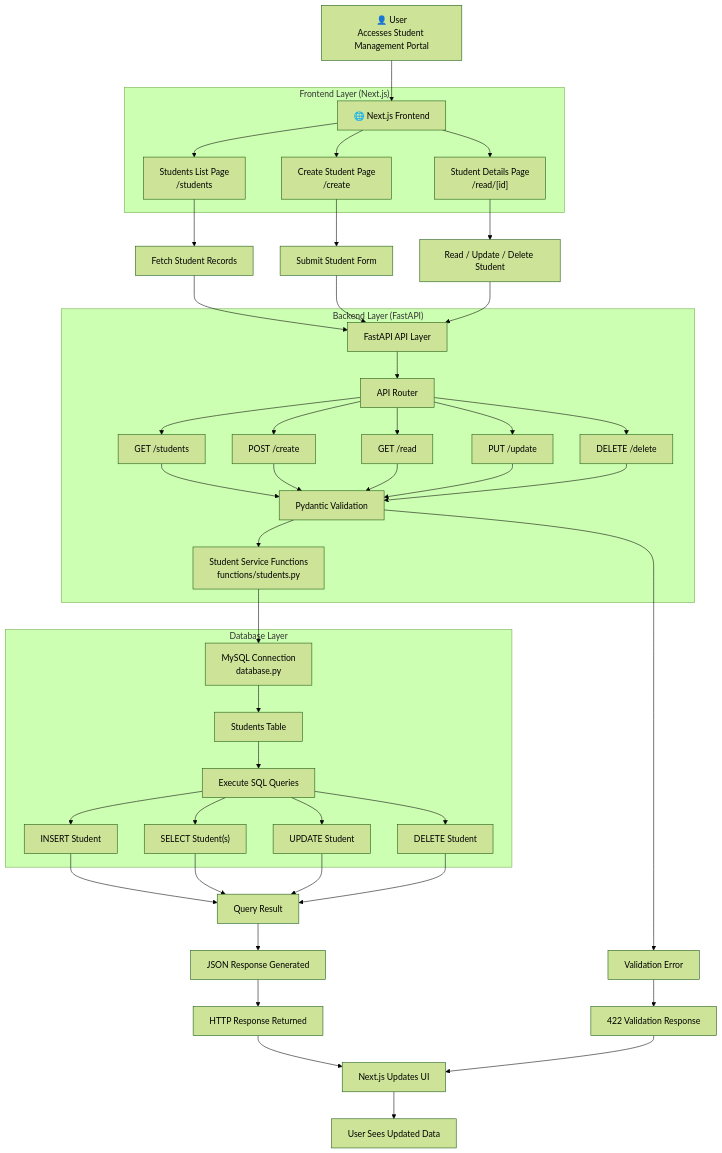
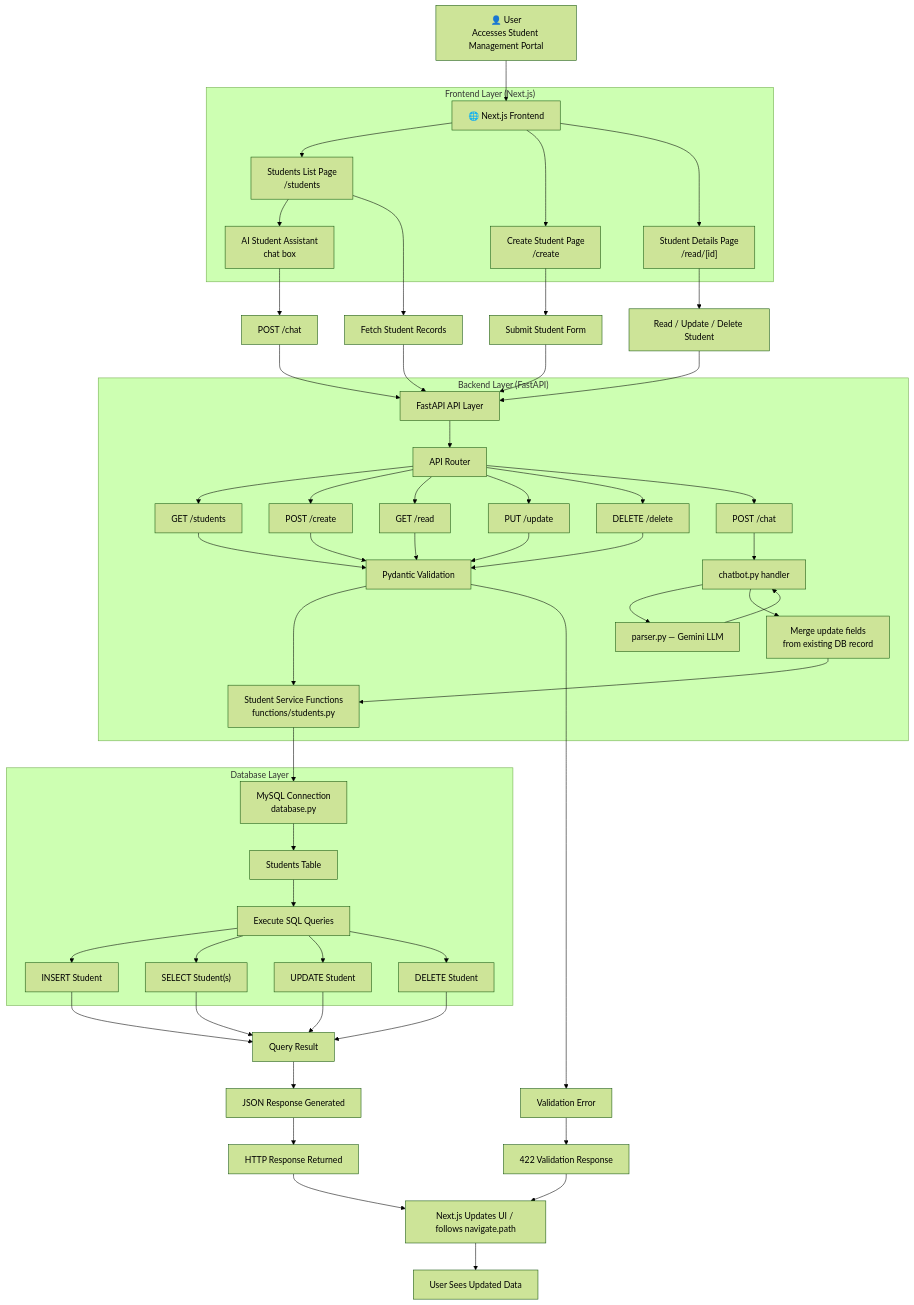
The fourth of 5 diagrams in README.md (Laksh-Shetty/School_Management), drawn with Mermaid (forest theme) before and after one commit. The commit also changed other lines of this file, not shown here.

First line of the commit message:
Add AI chat interface and update project overview

````diff
--- a/README.md
+++ b/README.md
@@ -270,55 +303,64 @@
 ```mermaid
 flowchart TB
     A["👤 User<br/>Accesses Student Management Portal"] --> B["🌐 Next.js Frontend"]
 
     subgraph Frontend["Frontend Layer (Next.js)"]
         B --> C["Students List Page<br/>/students"]
         B --> D["Create Student Page<br/>/create"]
         B --> E["Student Details Page<br/>/read/[id]"]
+        C --> CHAT["AI Student Assistant<br/>chat box"]
     end
 
     C --> F["Fetch Student Records"]
     D --> G["Submit Student Form"]
     E --> H["Read / Update / Delete Student"]
+    CHAT --> CHATAPI["POST /chat"]
 
     F --> I["FastAPI API Layer"]
     G --> I
     H --> I
+    CHATAPI --> I
 
     subgraph Backend["Backend Layer (FastAPI)"]
         I --> J["API Router"]
         J --> K["GET /students"]
         J --> L["POST /create"]
         J --> M["GET /read"]
         J --> N["PUT /update"]
         J --> O["DELETE /delete"]
+        J --> CHATROUTE["POST /chat"]
+        CHATROUTE --> CHATBOT["chatbot.py handler"]
+        CHATBOT --> PARSER["parser.py — Gemini LLM"]
+        PARSER --> CHATBOT
+        CHATBOT --> MERGE["Merge update fields<br/>from existing DB record"]
         K --> P["Pydantic Validation"]
         L --> P
         M --> P
         N --> P
         O --> P
         P --> Q["Student Service Functions<br/>functions/students.py"]
+        MERGE --> Q
     end
 
     subgraph DatabaseLayer["Database Layer"]
         Q --> R["MySQL Connection<br/>database.py"]
         R --> S["Students Table"]
         S --> T["Execute SQL Queries"]
         T --> U["INSERT Student"]
         T --> V["SELECT Student(s)"]
         T --> W["UPDATE Student"]
         T --> X["DELETE Student"]
     end
 
     U --> Y["Query Result"]
     V --> Y
     W --> Y
     X --> Y
     Y --> Z["JSON Response Generated"]
     Z --> AA["HTTP Response Returned"]
-    AA --> AB["Next.js Updates UI"]
+    AA --> AB["Next.js Updates UI / follows navigate.path"]
     AB --> AC["User Sees Updated Data"]
     P --> AD["Validation Error"]
     AD --> AE["422 Validation Response"]
     AE --> AB
 ```
````
